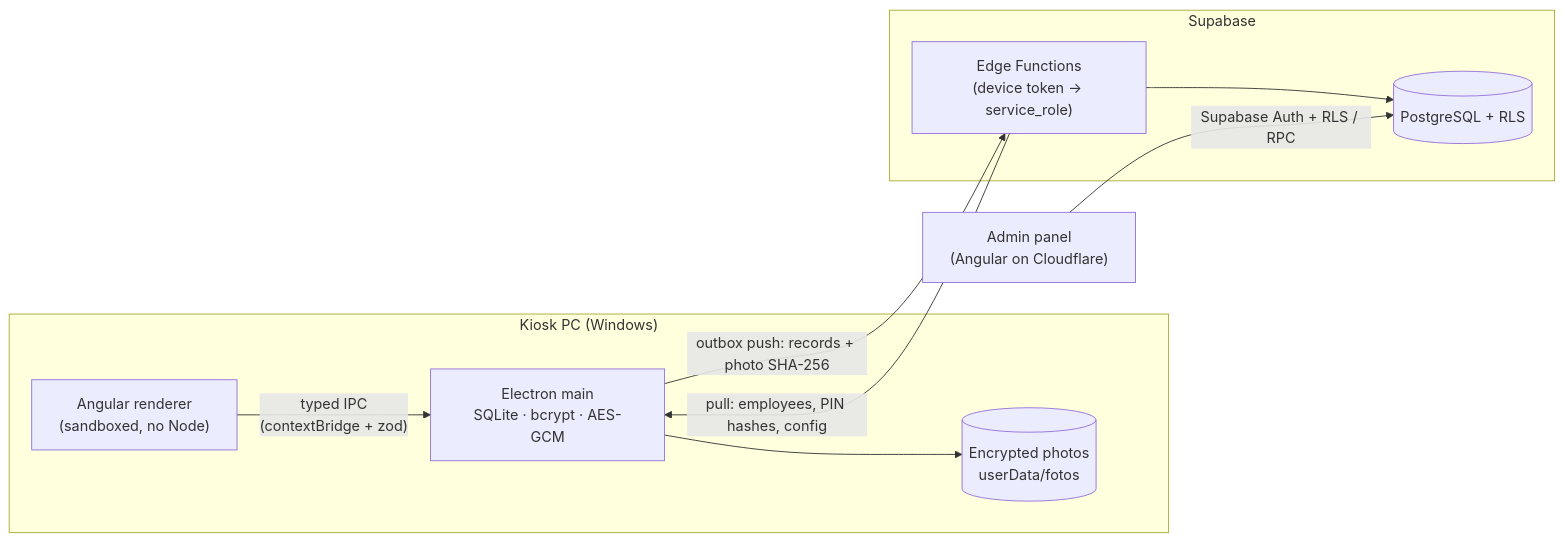
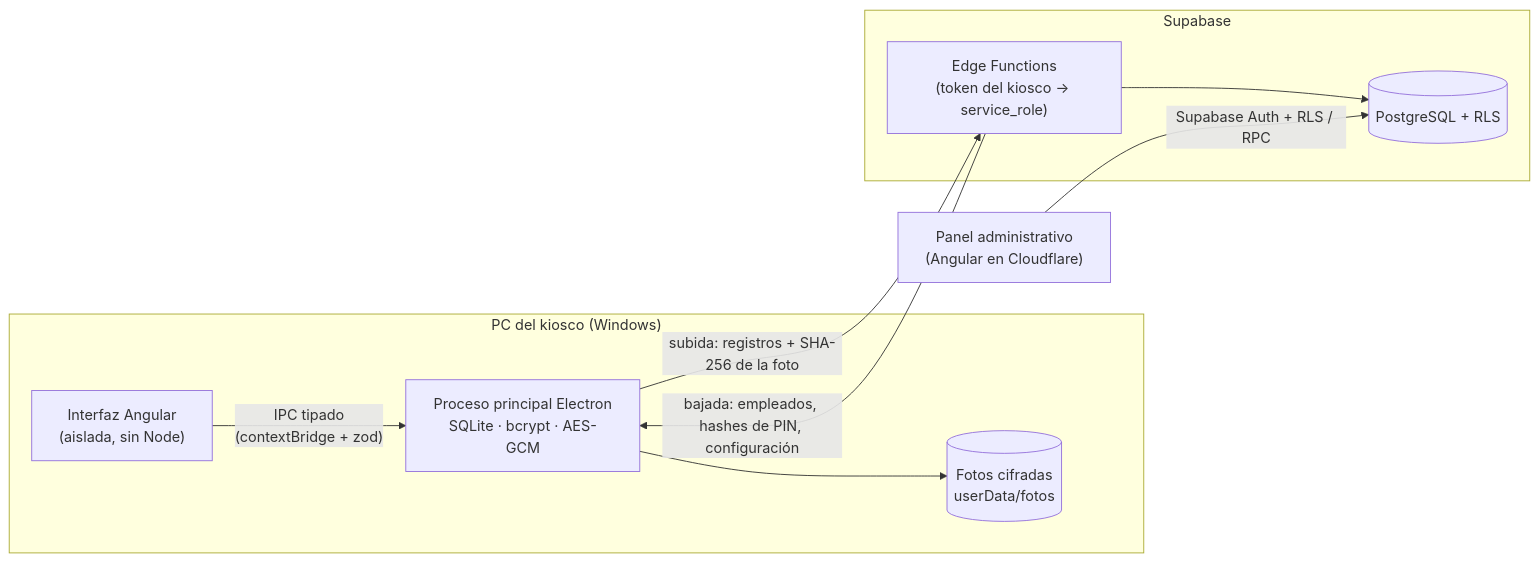
Before and after one commit to DaltonAkenaton/Kiosco: the diagram in README.md, drawn with Mermaid. The commit also changed other lines of this file, not shown here.

````diff
--- a/README.md
+++ b/README.md
@@ -42,19 +37,19 @@
 ```mermaid
 flowchart LR
-  subgraph Kiosk["Kiosk PC (Windows)"]
-    UI["Angular renderer<br/>(sandboxed, no Node)"]
-    Main["Electron main<br/>SQLite · bcrypt · AES-GCM"]
-    Fotos[("Encrypted photos<br/>userData/fotos")]
-    UI -- "typed IPC<br/>(contextBridge + zod)" --> Main
+  subgraph Kiosco["PC del kiosco (Windows)"]
+    UI["Interfaz Angular<br/>(aislada, sin Node)"]
+    Main["Proceso principal Electron<br/>SQLite · bcrypt · AES-GCM"]
+    Fotos[("Fotos cifradas<br/>userData/fotos")]
+    UI -- "IPC tipado<br/>(contextBridge + zod)" --> Main
     Main --> Fotos
   end
-  subgraph Cloud["Supabase"]
-    EF["Edge Functions<br/>(device token → service_role)"]
+  subgraph Nube["Supabase"]
+    EF["Edge Functions<br/>(token del kiosco → service_role)"]
     DB[("PostgreSQL + RLS")]
     EF --> DB
   end
-  Panel["Admin panel<br/>(Angular on Cloudflare)"]
-  Main -- "outbox push: records + photo SHA-256" --> EF
-  EF -- "pull: employees, PIN hashes, config" --> Main
+  Panel["Panel administrativo<br/>(Angular en Cloudflare)"]
+  Main -- "subida: registros + SHA-256 de la foto" --> EF
+  EF -- "bajada: empleados, hashes de PIN, configuración" --> Main
   Panel -- "Supabase Auth + RLS / RPC" --> DB
 ```
````
